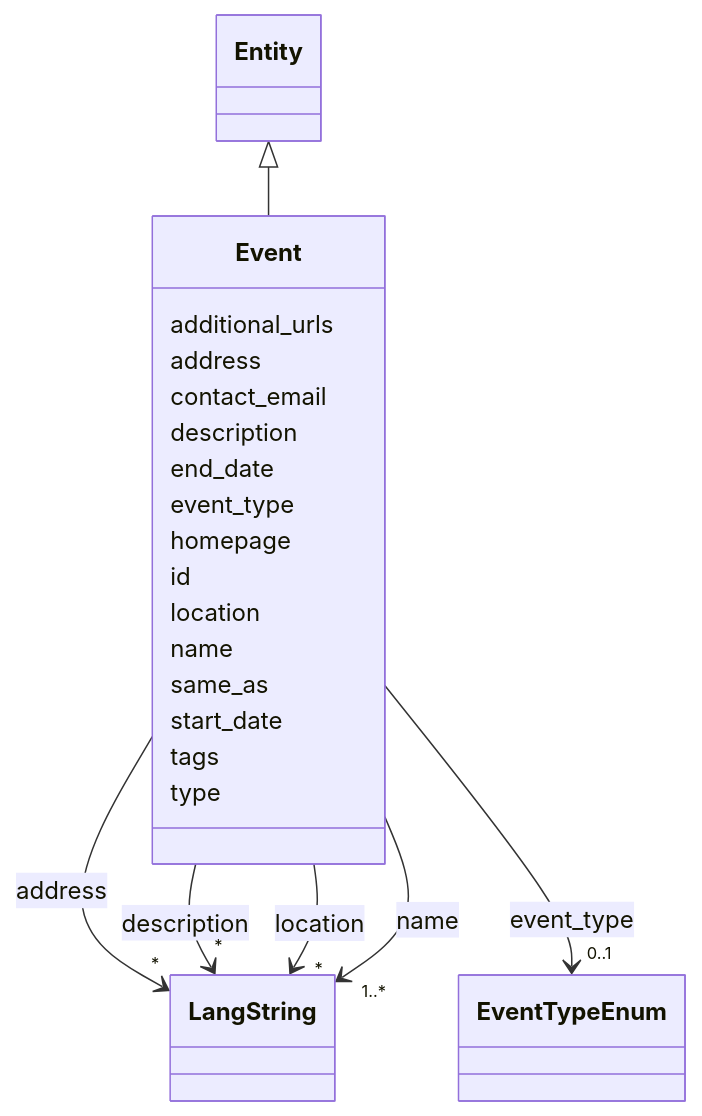
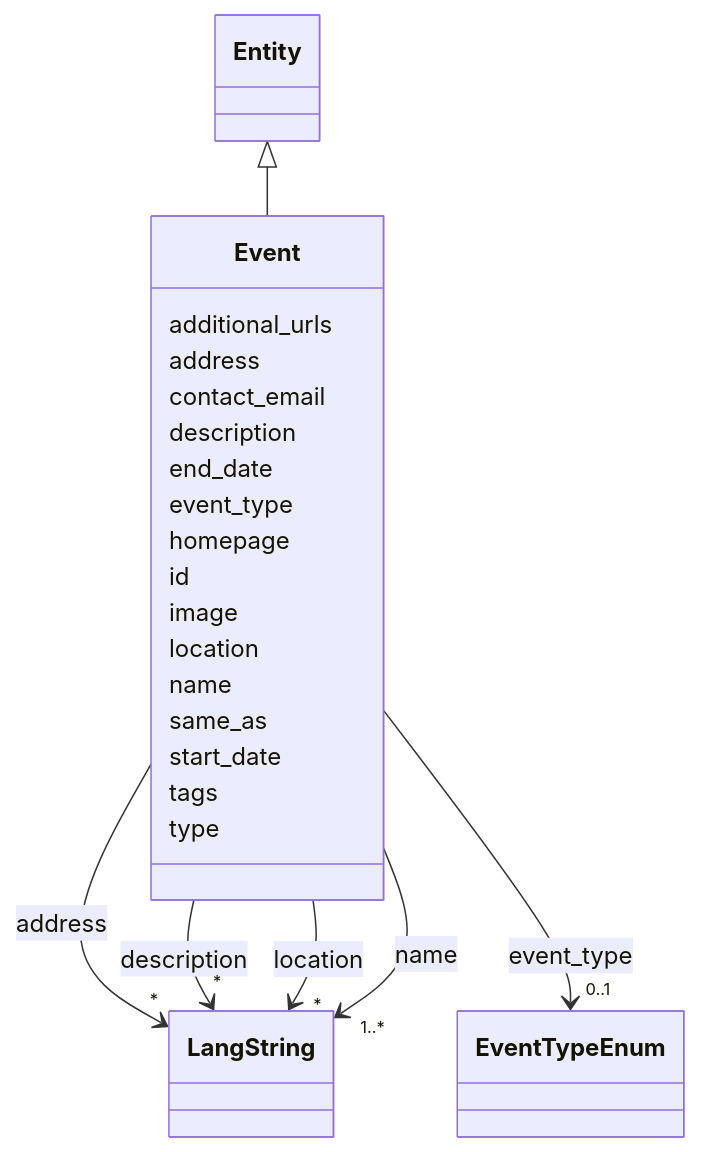
One commit to DARIAH-IL/idhi-manifests changed the diagram in docs/classes/Event.md. Above: the diagram before and after it, drawn with Mermaid. The commit also changed other lines of this file and 20 other files, not shown here.

```diff
--- a/docs/classes/Event.md
+++ b/docs/classes/Event.md
@@ -77,6 +77,8 @@
         
       Event : id
         
+      Event : image
+        
       Event : location
         
           
```
